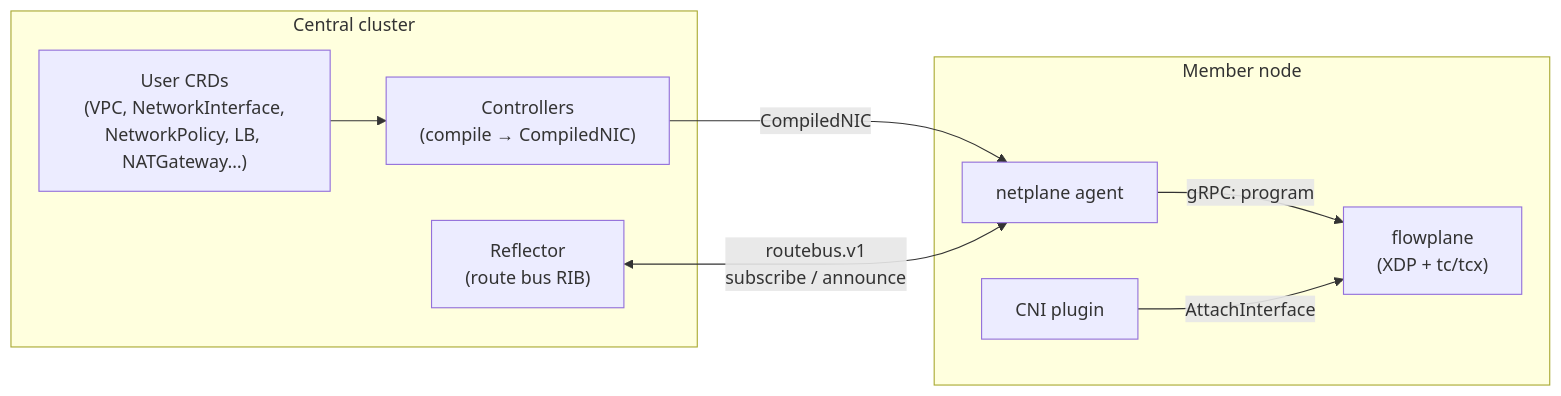
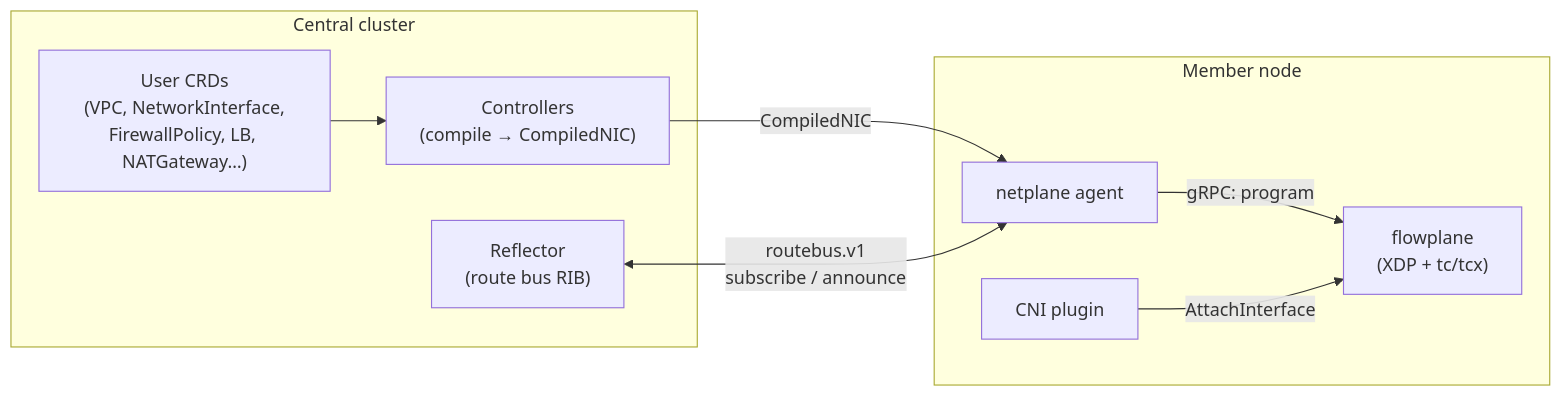
Before and after one commit to trevex/ectobase: the diagram in docs/src/introduction.md, drawn with Mermaid. The commit also changed other lines of this file and 17 other files, not shown here.

Commit message:
refactor: update scenarios/docs/comments for FirewallPolicy + FloatingIP rename

````diff
--- a/docs/src/introduction.md
+++ b/docs/src/introduction.md
@@ -24,18 +24,18 @@
 ```mermaid
 flowchart LR
     subgraph central["Central cluster"]
-        crds["User CRDs<br/>(VPC, NetworkInterface,<br/>NetworkPolicy, LB, NATGateway…)"]
+        crds["User CRDs<br/>(VPC, NetworkInterface,<br/>FirewallPolicy, LB, NATGateway…)"]
         ctrl["Controllers<br/>(compile → CompiledNIC)"]
         refl["Reflector<br/>(route bus RIB)"]
         crds --> ctrl
     end
     subgraph node["Member node"]
         agent["netplane agent"]
         dp["flowplane<br/>(XDP + tc/tcx)"]
         cni["CNI plugin"]
         agent -->|gRPC: program| dp
         cni -->|AttachInterface| dp
     end
     ctrl -->|CompiledNIC| agent
     refl <-->|routebus.v1<br/>subscribe / announce| agent
 ```
````
